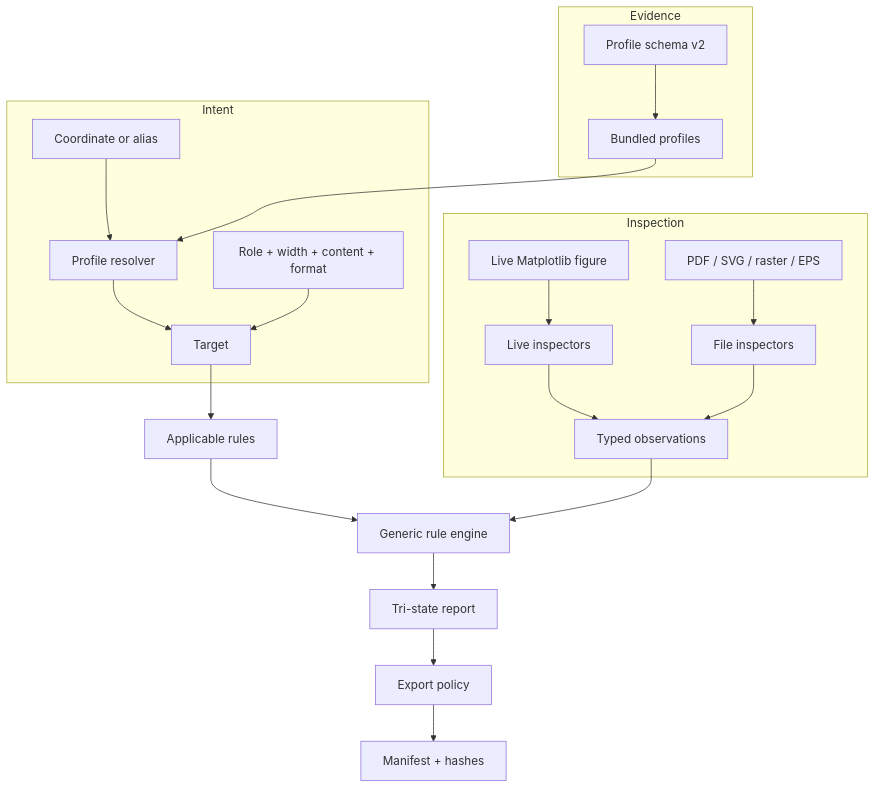
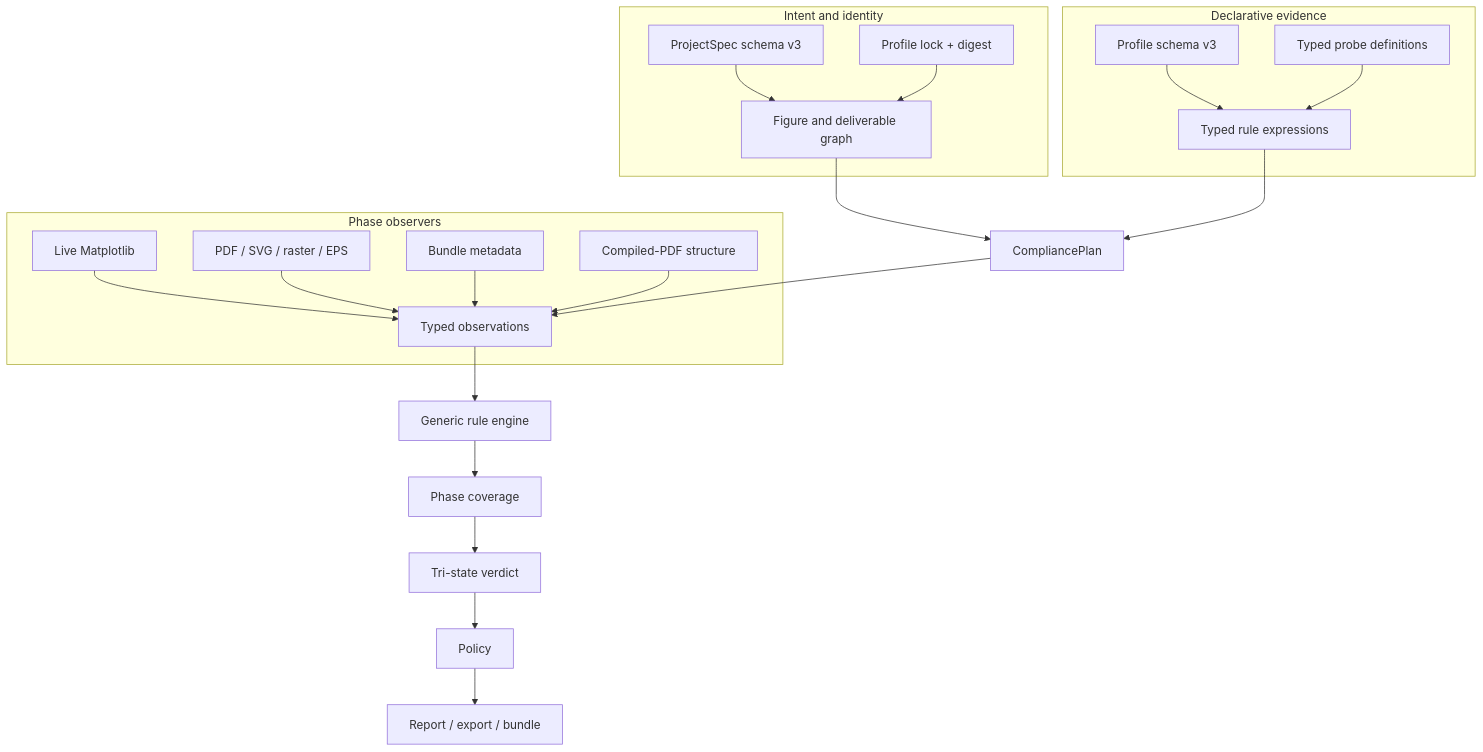
Before and after one commit to Devrajsinh-Jhala/ResearchPlot: the first of 4 diagrams in docs/architecture.md, drawn with Mermaid. The commit also changed other lines of this file and 155 other files, not shown here.

````diff
--- a/docs/architecture.md
+++ b/docs/architecture.md
@@ -7,30 +7,38 @@
 ```mermaid
 flowchart TB
-    subgraph Evidence
-        PS["Profile schema v2"]
-        BP["Bundled profiles"]
-        PS --> BP
+    subgraph Intent["Intent and identity"]
+        PS["ProjectSpec schema v3"]
+        LK["Profile lock + digest"]
+        FP["Figure and deliverable graph"]
+        PS --> FP
+        LK --> FP
     end
 
-    subgraph Intent
-        Q["Coordinate or alias"] --> RS["Profile resolver"]
-        M["Role + width + content + format"]
-        RS --> TG["Target"]
-        M --> TG
+    subgraph Evidence["Declarative evidence"]
+        PR["Profile schema v3"]
+        EX["Typed rule expressions"]
+        PD["Typed probe definitions"]
+        PR --> EX
+        PD --> EX
     end
 
-    subgraph Inspection
-        LF["Live Matplotlib figure"] --> LI["Live inspectors"]
-        AF["PDF / SVG / raster / EPS"] --> FI["File inspectors"]
-        LI --> OBS["Typed observations"]
-        FI --> OBS
+    subgraph Observe["Phase observers"]
+        LI["Live Matplotlib"]
+        FI["PDF / SVG / raster / EPS"]
+        BI["Bundle metadata"]
+        MI["Compiled-PDF structure"]
+        LI --> OB["Typed observations"]
+        FI --> OB
+        BI --> OB
+        MI --> OB
     end
 
-    BP --> RS
-    TG --> AR["Applicable rules"]
-    AR --> RE["Generic rule engine"]
-    OBS --> RE
-    RE --> RP["Tri-state report"]
-    RP --> EX["Export policy"]
-    EX --> MN["Manifest + hashes"]
+    FP --> CP["CompliancePlan"]
+    EX --> CP
+    CP --> OB
+    OB --> RE["Generic rule engine"]
+    RE --> CV["Phase coverage"]
+    CV --> VR["Tri-state verdict"]
+    VR --> PO["Policy"]
+    PO --> OUT["Report / export / bundle"]
 ```
````
